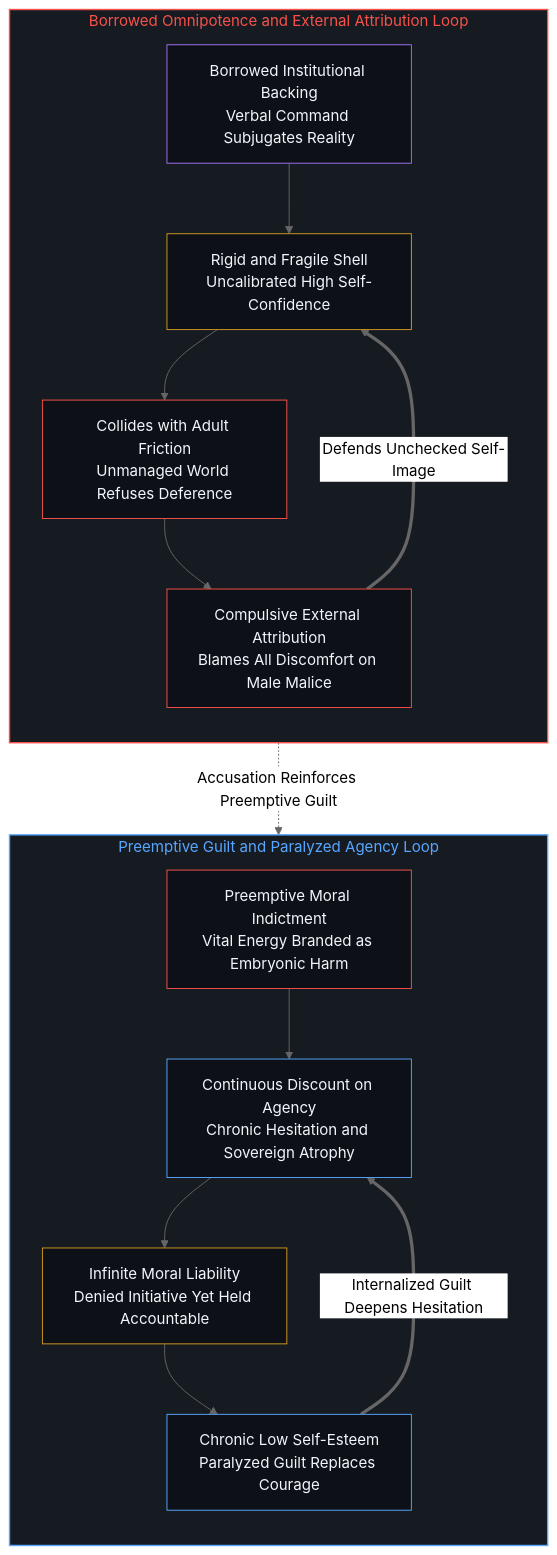
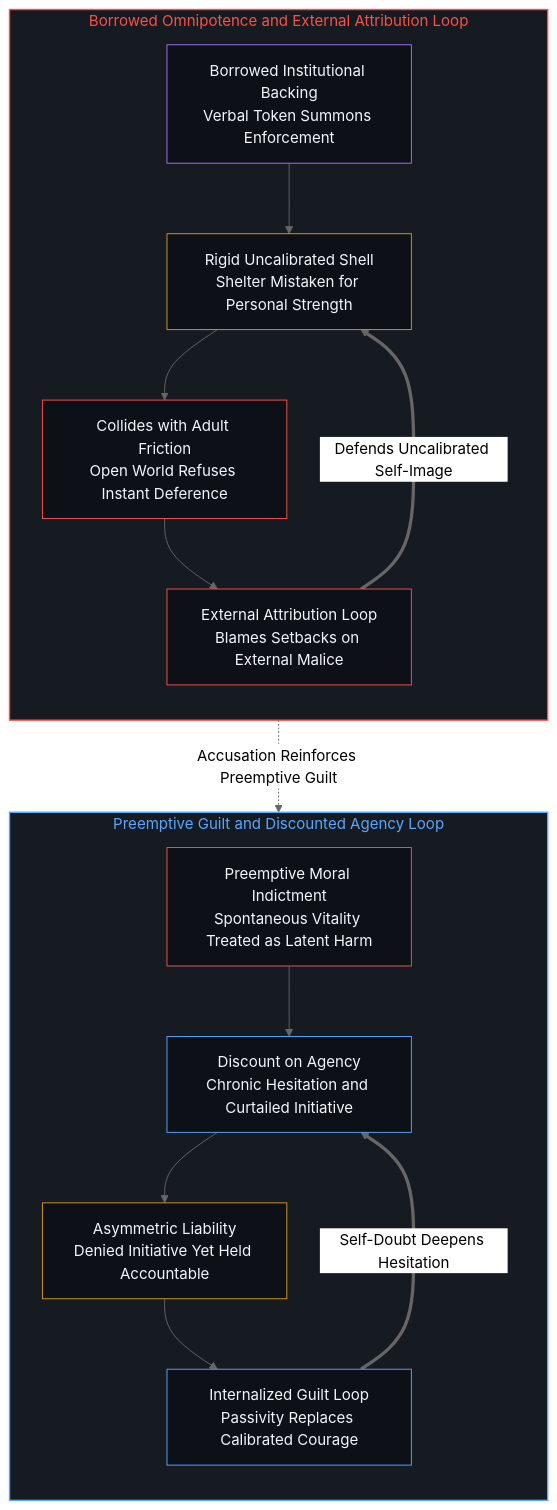
Before and after one commit to powerpig99/not-a-toe: the sixth of 6 diagrams in content/posts/the-unfrictioned-mind-and-borrowed-omnipotence.md, drawn with Mermaid (neutral theme). The commit also changed other lines of this file and 3 other files, not shown here.

````diff
--- a/content/posts/the-unfrictioned-mind-and-borrowed-omnipotence.md
+++ b/content/posts/the-unfrictioned-mind-and-borrowed-omnipotence.md
@@ -178,32 +178,32 @@
 ```mermaid
 flowchart TD
   subgraph S_FEM["Borrowed Omnipotence and External Attribution Loop"]
     direction TB
-    F_BORROW["Borrowed Institutional Backing<br/>Verbal Command Subjugates Reality"]
-    F_SHELL["Rigid and Fragile Shell<br/>Uncalibrated High Self-Confidence"]
-    F_COLLAPSE["Collides with Adult Friction<br/>Unmanaged World Refuses Deference"]
-    F_ATTR["Compulsive External Attribution<br/>Blames All Discomfort on Male Malice"]
+    F_BORROW["Borrowed Institutional Backing<br/>Verbal Token Summons Enforcement"]
+    F_SHELL["Rigid Uncalibrated Shell<br/>Shelter Mistaken for Personal Strength"]
+    F_COLLAPSE["Collides with Adult Friction<br/>Open World Refuses Instant Deference"]
+    F_ATTR["External Attribution Loop<br/>Blames Setbacks on External Malice"]
     F_BORROW --> F_SHELL --> F_COLLAPSE --> F_ATTR
-    F_ATTR ==>|"Defends Unchecked Self-Image"| F_SHELL
+    F_ATTR ==>|"Defends Uncalibrated Self-Image"| F_SHELL
   end
-  subgraph S_MALE["Preemptive Guilt and Paralyzed Agency Loop"]
+  subgraph S_MALE["Preemptive Guilt and Discounted Agency Loop"]
     direction TB
-    M_PREEMPT["Preemptive Moral Indictment<br/>Vital Energy Branded as Embryonic Harm"]
-    M_DISCOUNT["Continuous Discount on Agency<br/>Chronic Hesitation and Sovereign Atrophy"]
-    M_BURDEN["Infinite Moral Liability<br/>Denied Initiative Yet Held Accountable"]
-    M_GUILT["Chronic Low Self-Esteem<br/>Paralyzed Guilt Replaces Courage"]
+    M_PREEMPT["Preemptive Moral Indictment<br/>Spontaneous Vitality Treated as Latent Harm"]
+    M_DISCOUNT["Discount on Agency<br/>Chronic Hesitation and Curtailed Initiative"]
+    M_BURDEN["Asymmetric Liability<br/>Denied Initiative Yet Held Accountable"]
+    M_GUILT["Internalized Guilt Loop<br/>Passivity Replaces Calibrated Courage"]
     M_PREEMPT --> M_DISCOUNT --> M_BURDEN --> M_GUILT
-    M_GUILT ==>|"Internalized Guilt Deepens Hesitation"| M_DISCOUNT
+    M_GUILT ==>|"Self-Doubt Deepens Hesitation"| M_DISCOUNT
   end
   F_ATTR -.->|"Accusation Reinforces Preemptive Guilt"| M_PREEMPT
   style S_FEM fill:#161b22,stroke:#f85149,stroke-width:1.5px,color:#f85149
   style S_MALE fill:#161b22,stroke:#58a6ff,stroke-width:1.5px,color:#58a6ff
   style F_BORROW fill:#0d1117,stroke:#a371f7,stroke-width:1px,color:#f0f6fc
   style F_SHELL fill:#0d1117,stroke:#d29922,stroke-width:1px,color:#f0f6fc
   style F_COLLAPSE fill:#0d1117,stroke:#f85149,stroke-width:1px,color:#f0f6fc
   style F_ATTR fill:#0d1117,stroke:#f85149,stroke-width:1px,color:#f0f6fc
   style M_PREEMPT fill:#0d1117,stroke:#f85149,stroke-width:1px,color:#f0f6fc
   style M_DISCOUNT fill:#0d1117,stroke:#58a6ff,stroke-width:1px,color:#f0f6fc
   style M_BURDEN fill:#0d1117,stroke:#d29922,stroke-width:1px,color:#f0f6fc
   style M_GUILT fill:#0d1117,stroke:#58a6ff,stroke-width:1px,color:#f0f6fc
 ```
````
